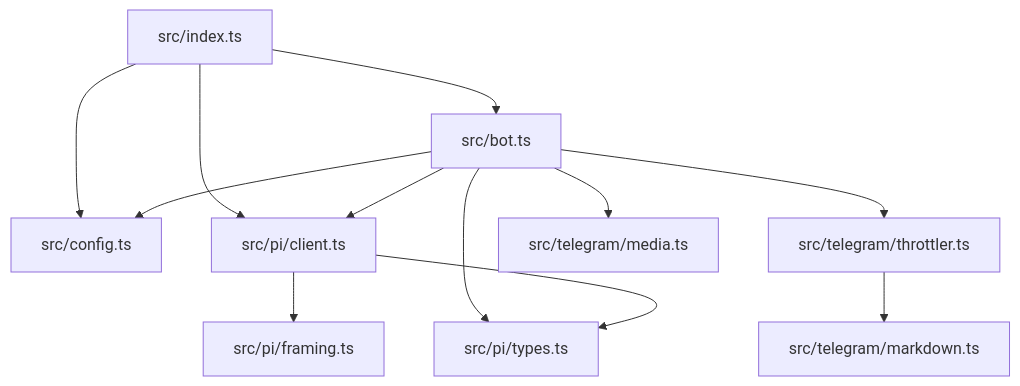
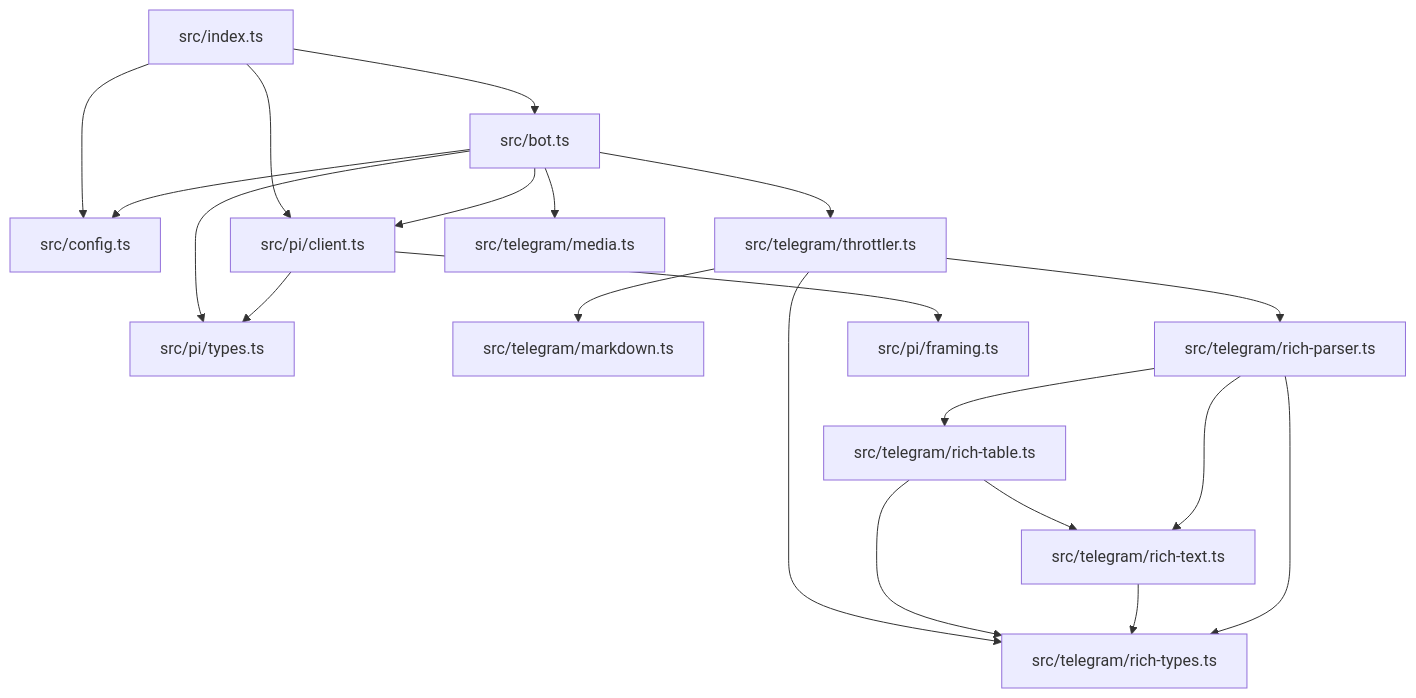
Before and after one commit to larchanka/tg-bot-agent-streamer: the diagram in context/dependencies.md, drawn with Mermaid. The commit also changed 6 other files, not shown here.

First line of the commit message:
docs(context): Document Telegram Rich Messages architecture and updates

````diff
--- a/context/dependencies.md
+++ b/context/dependencies.md
@@ -24,17 +24,26 @@
 ```mermaid
 graph TD
     Index["src/index.ts"] --> Config["src/config.ts"]
     Index --> Bot["src/bot.ts"]
     Index --> PiClient["src/pi/client.ts"]
     
     Bot --> Config
     Bot --> PiClient
     Bot --> Throttler["src/telegram/throttler.ts"]
     Bot --> Media["src/telegram/media.ts"]
     Bot --> Types["src/pi/types.ts"]
     
     Throttler --> Markdown["src/telegram/markdown.ts"]
+    Throttler --> RichParser["src/telegram/rich-parser.ts"]
+    Throttler --> RichTypes["src/telegram/rich-types.ts"]
     
     PiClient --> Framing["src/pi/framing.ts"]
     PiClient --> Types
+
+    RichTable["src/telegram/rich-table.ts"] --> RichText["src/telegram/rich-text.ts"]
+    RichTable --> RichTypes["src/telegram/rich-types.ts"]
+    RichText --> RichTypes
+    RichParser["src/telegram/rich-parser.ts"] --> RichTable
+    RichParser --> RichText
+    RichParser --> RichTypes
 ```
````
